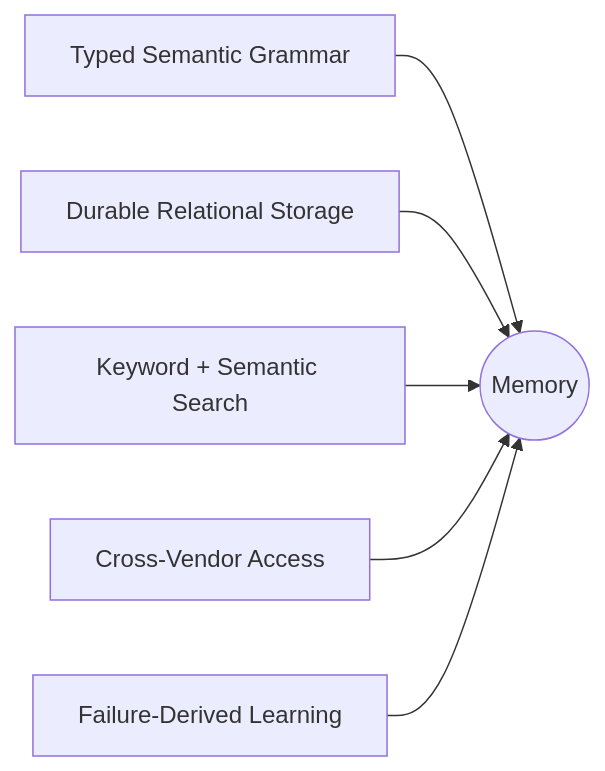
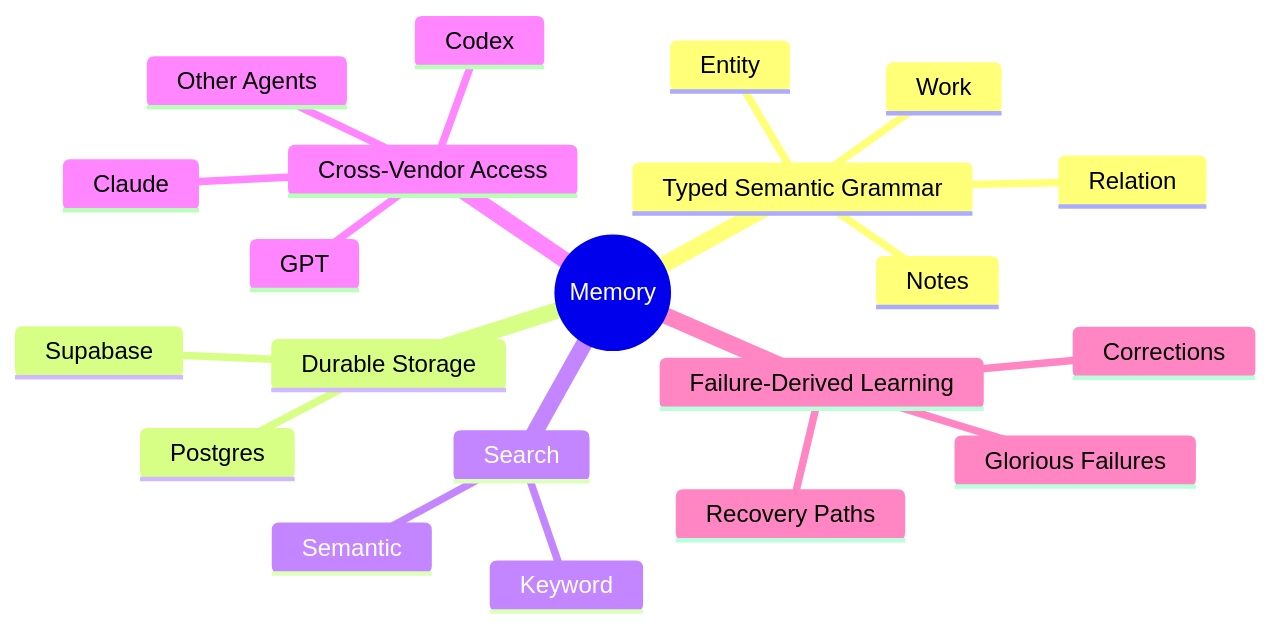
Before and after one commit to andmigque/Memory: the first of 4 diagrams in README.md, drawn with Mermaid. The commit also changed other lines of this file, not shown here.

````diff
--- a/README.md
+++ b/README.md
@@ -31,14 +31,24 @@
 ```mermaid
-flowchart LR
-    Grammar[Typed Semantic Grammar]
-    Persistence[Durable Relational Storage]
-    Search[Keyword + Semantic Search]
-    Vendors[Cross-Vendor Access]
-    Learning[Failure-Derived Learning]
-
-    Grammar --> Memory((Memory))
-    Persistence --> Memory
-    Search --> Memory
-    Vendors --> Memory
-    Learning --> Memory
+mindmap
+  root((Memory))
+    Typed Semantic Grammar
+      Entity
+      Relation
+      Work
+      Notes
+    Durable Storage
+      Postgres
+      Supabase
+    Search
+      Keyword
+      Semantic
+    Cross-Vendor Access
+      Claude
+      GPT
+      Codex
+      Other Agents
+    Failure-Derived Learning
+      Glorious Failures
+      Corrections
+      Recovery Paths
 ```
````
